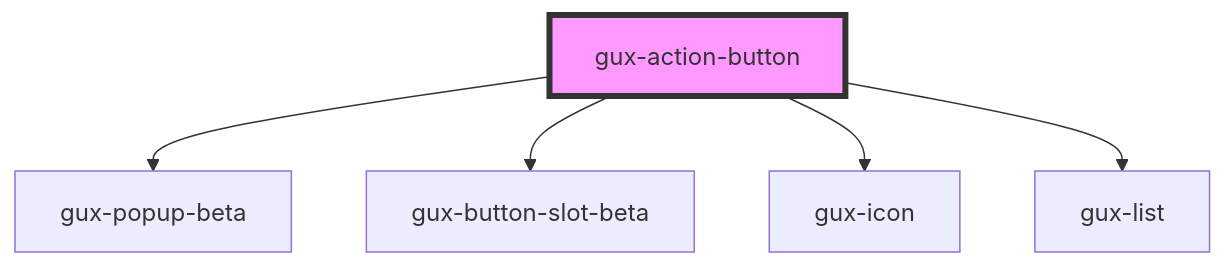
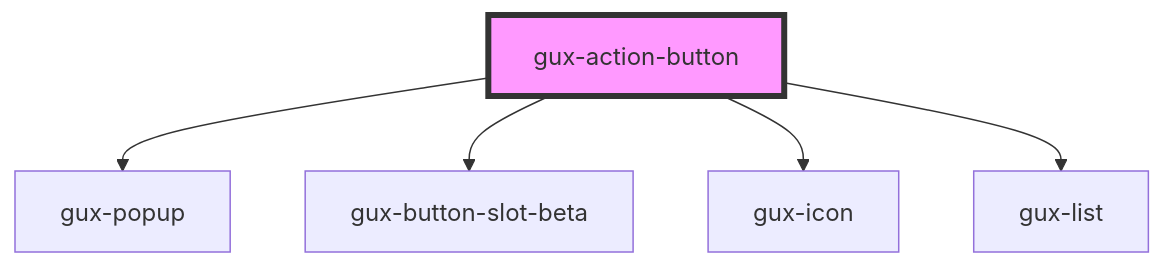
The diagram in packages/genesys-spark-components/src/components/stable/gux-action-button/readme.md (MyPureCloud/genesys-spark), drawn with Mermaid before and after one commit. The commit also changed other lines of this file and 62 other files, not shown here.

First line of the commit message:
refactor(popup): moved popup beta version to stable

````diff
--- a/packages/genesys-spark-components/src/components/stable/gux-action-button/readme.md
+++ b/packages/genesys-spark-components/src/components/stable/gux-action-button/readme.md
@@ -48,8 +48,8 @@
 ```mermaid
 graph TD;
-  gux-action-button --> gux-popup-beta
+  gux-action-button --> gux-popup
   gux-action-button --> gux-button-slot-beta
   gux-action-button --> gux-icon
   gux-action-button --> gux-list
   style gux-action-button fill:#f9f,stroke:#333,stroke-width:4px
 ```
````
